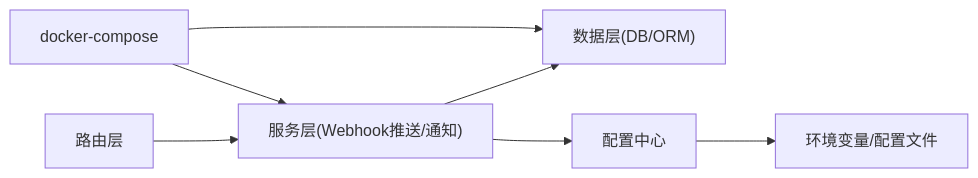
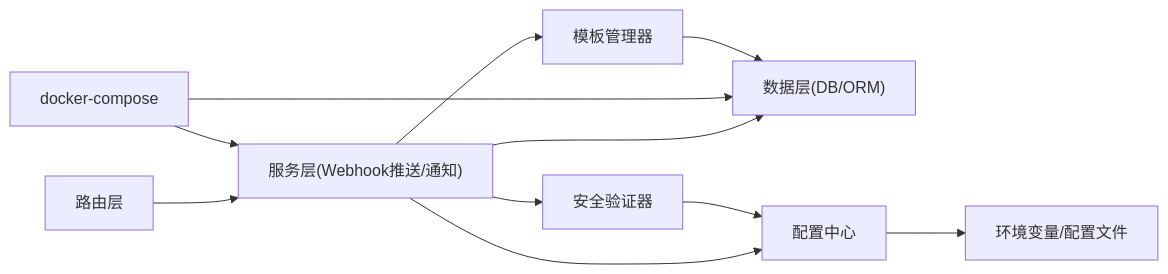
The fourth of 4 diagrams in .qoder/repowiki/zh/content/暑假作业打卡系统/后端服务架构/服务层架构/Webhook推送服务.md (onebody/homework), drawn with Mermaid before and after one commit. The commit also changed other lines of this file and 15 other files, not shown here.

````diff
--- a/.qoder/repowiki/zh/content/暑假作业打卡系统/后端服务架构/服务层架构/Webhook推送服务.md
+++ b/.qoder/repowiki/zh/content/暑假作业打卡系统/后端服务架构/服务层架构/Webhook推送服务.md
@@ -242,9 +324,13 @@
 ```mermaid
 graph LR
 R["路由层"] --> S["服务层(Webhook推送/通知)"]
+S --> T["模板管理器"]
+S --> Sec["安全验证器"]
 S --> D["数据层(DB/ORM)"]
 S --> C["配置中心"]
 C --> E["环境变量/配置文件"]
 DC["docker-compose"] --> S
 DC --> D
+T --> D
+Sec --> C
 ```
````
